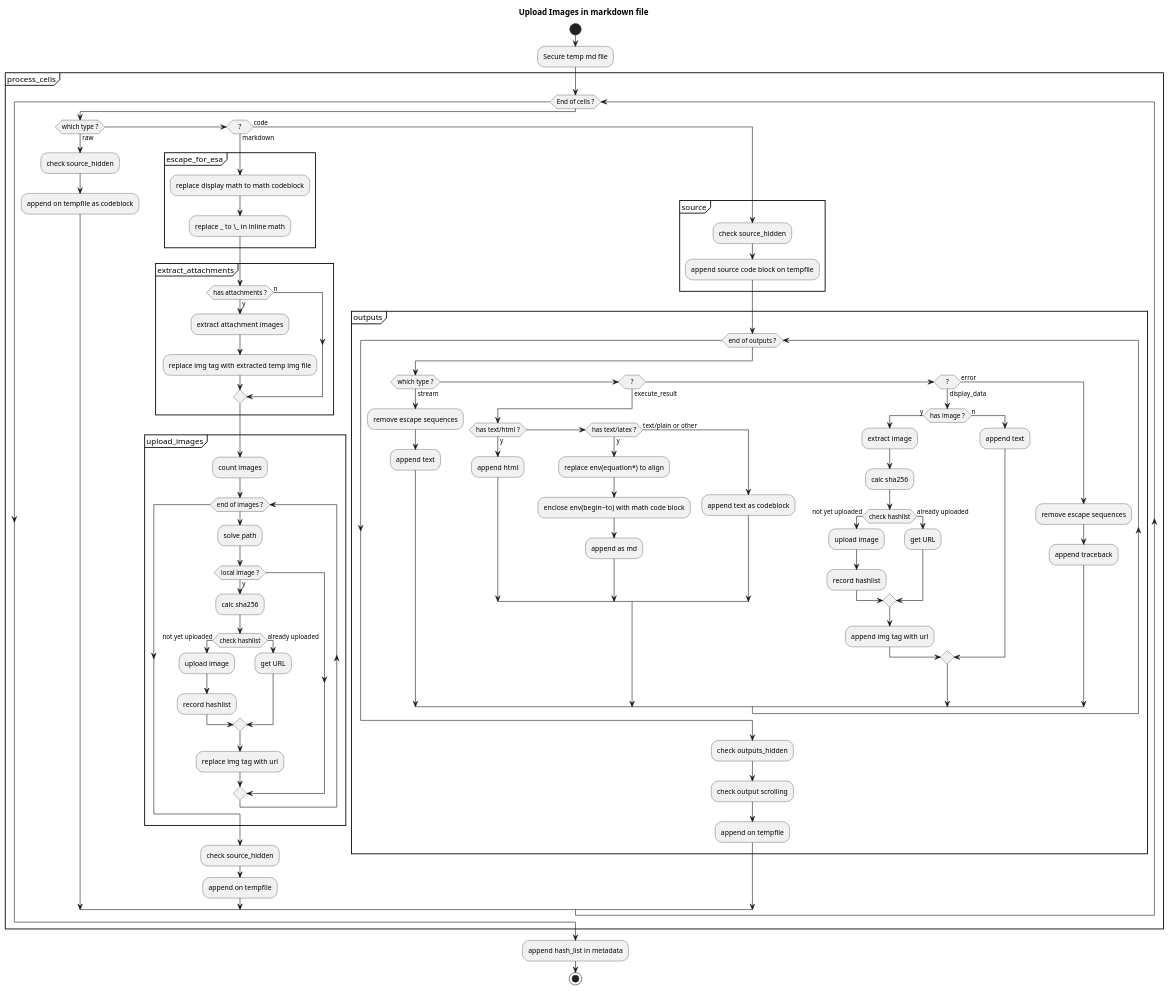
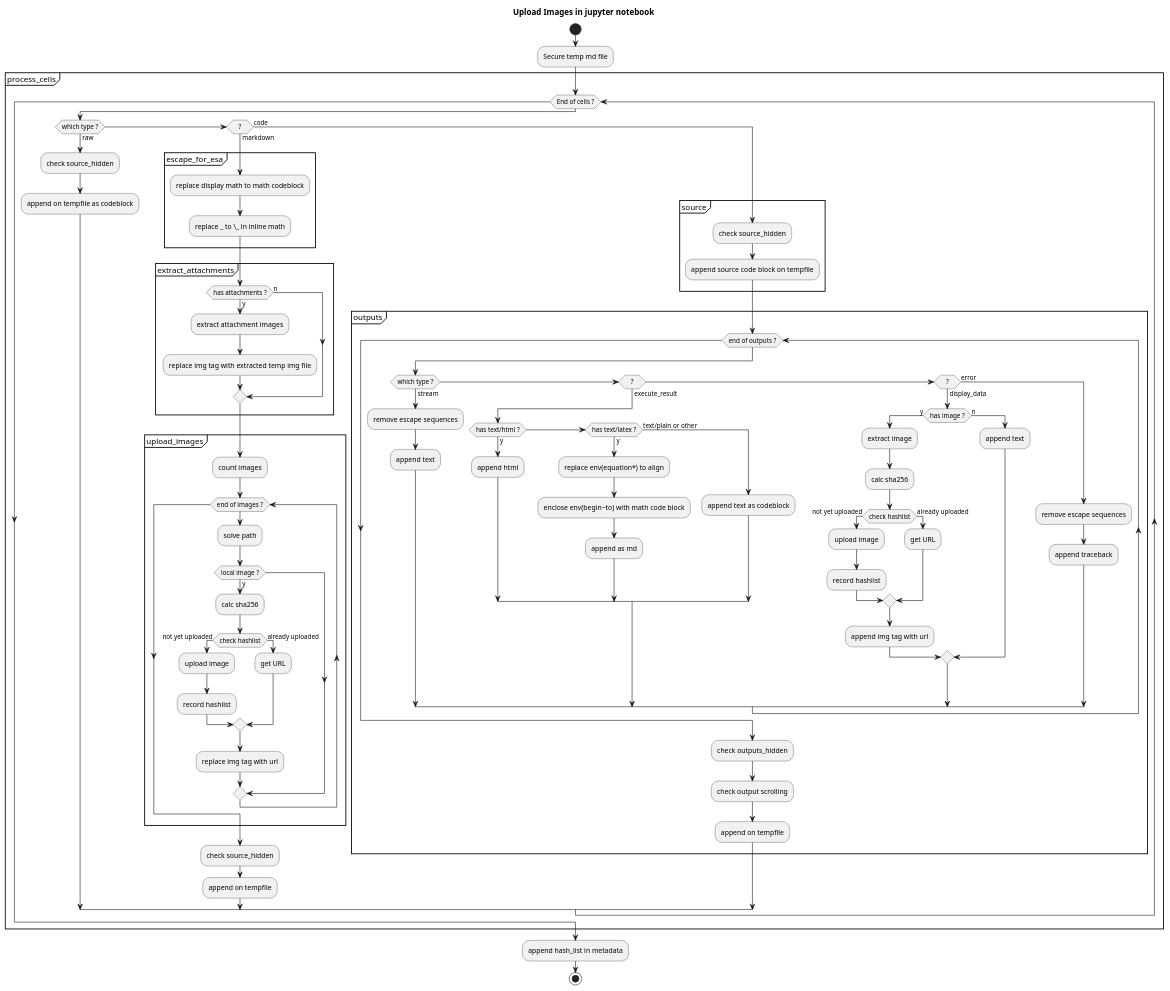
Before and after one commit to KosukeMizuno/esapy: the diagram in study/flowchart_ipynb.pu, drawn with PlantUML. The commit also changed 1 other file, not shown here.

```diff
--- a/study/flowchart_ipynb.pu
+++ b/study/flowchart_ipynb.pu
@@ -1,107 +1,107 @@
 @startuml
-title Upload Images in markdown file
+title Upload Images in jupyter notebook
 
 start
 
 :Secure temp md file;
 
 partition process_cells {
     while (End of cells ?)
 
         if (which type ?) then (raw)
             :check source_hidden;
             :append on tempfile as codeblock;
 
         elseif (?) then (markdown)
             partition escape_for_esa {
                 :replace display math to math codeblock;
                 :replace _ to \_ in inline math;
             }
 
             partition extract_attachments {
                 if (has attachments ?) then (y)
                     :extract attachment images;
                     :replace img tag with extracted temp img file;
                 else (n)
                 endif
             }
 
             partition upload_images {
                 :count images;
                 while (end of images ?)
                     :solve path;
                     if (local image ?) then (y)
                         :calc sha256;
                         if (check hashlist) then (not yet uploaded)
                             :upload image;
                             :record hashlist;
                         else (already uploaded)
                             :get URL;
                         endif
                         :replace img tag with url;
                     endif
                 endwhile
             }
 
             :check source_hidden;
             :append on tempfile;
 
         else (code)
             partition source {
                 :check source_hidden;
                 :append source code block on tempfile;
             }
 
             partition outputs {
                 while (end of outputs ?)
                     if (which type ?) then (stream)
                         :remove escape sequences;
                         :append text;
                     elseif (?) then (execute_result)
                         if (has text/html ?) then (y)
                             :append html;
                         elseif (has text/latex ?) then (y)
                             :replace env(equation*) to align;
                             :enclose env(begin~to) with math code block;
                             :append as md;
                         else (text/plain or other)
                             :append text as codeblock;
                         endif
 
                     elseif (?) then (display_data)
                         if (has image ?) then (y)
                             :extract image;
                             :calc sha256;
                             if (check hashlist) then (not yet uploaded)
                                 :upload image;
                                 :record hashlist;
                             else (already uploaded)
                                 :get URL;
                             endif
                             :append img tag with url;
                         else (n)
                             :append text;
                         endif
                     else (error)
                         :remove escape sequences;
                         :append traceback;
                     endif
 
                 endwhile
 
                 :check outputs_hidden;
                 :check output scrolling;
                 :append on tempfile;
             }
 
 
         endif
 
     endwhile
 }
 
 :append hash_list in metadata;
 
 stop
 
 @enduml
```
